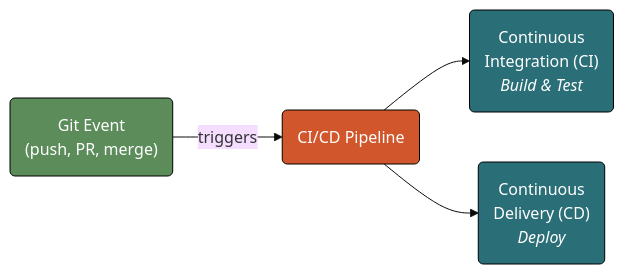
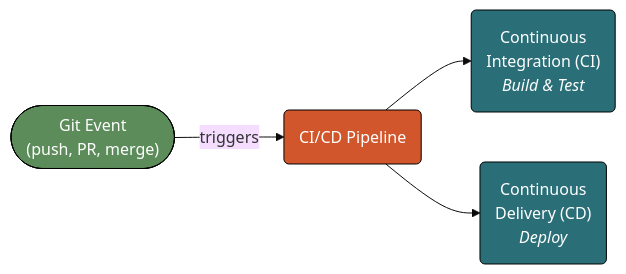
Before and after one commit to mjfrigaard/do4ds-labs: the second of 4 diagrams in lab05.qmd, drawn with Mermaid. The commit also changed other lines of this file and 69 other files, not shown here.

Commit message:
style review fixes; mermaid look; lab07 model scripts and workflow deps

````diff
--- a/lab05.qmd
+++ b/lab05.qmd
@@ -141,15 +141,15 @@
 ```{mermaid}
 %%| fig-cap: 'Git & CI/CD'
 %%| fig-width: 7.0
 %%| fig-align: 'center'
-%%{init: {'theme': 'base', 'themeVariables': {'fontFamily': 'monospace'}}}%%
+%%{init: {'theme': 'base', 'look': 'classic', 'themeVariables': {'fontFamily': 'monospace'}}}%%
 flowchart LR
-    GitEv("Git Event<br>(push, PR, merge)") -->|"triggers"| CICD("CI/CD Pipeline")
+    GitEv(["Git Event<br>(push, PR, merge)"]) -->|"triggers"| CICD("CI/CD Pipeline")
     CICD --> CI("Continuous<br>Integration (CI)<br><em>Build & Test</em>")
     CICD --> CD("Continuous<br>Delivery (CD)<br><em>Deploy</em>")
     style GitEv fill:#5B8C5A,stroke:#000000,stroke-width:1px,color:#ffffff
     style CICD fill:#D2562B,stroke:#000000,stroke-width:1px,color:#ffffff
     style CI fill:#2A6F77,stroke:#000000,stroke-width:1px,color:#ffffff
     style CD fill:#2A6F77,stroke:#000000,stroke-width:1px,color:#ffffff
 
 ```
````
